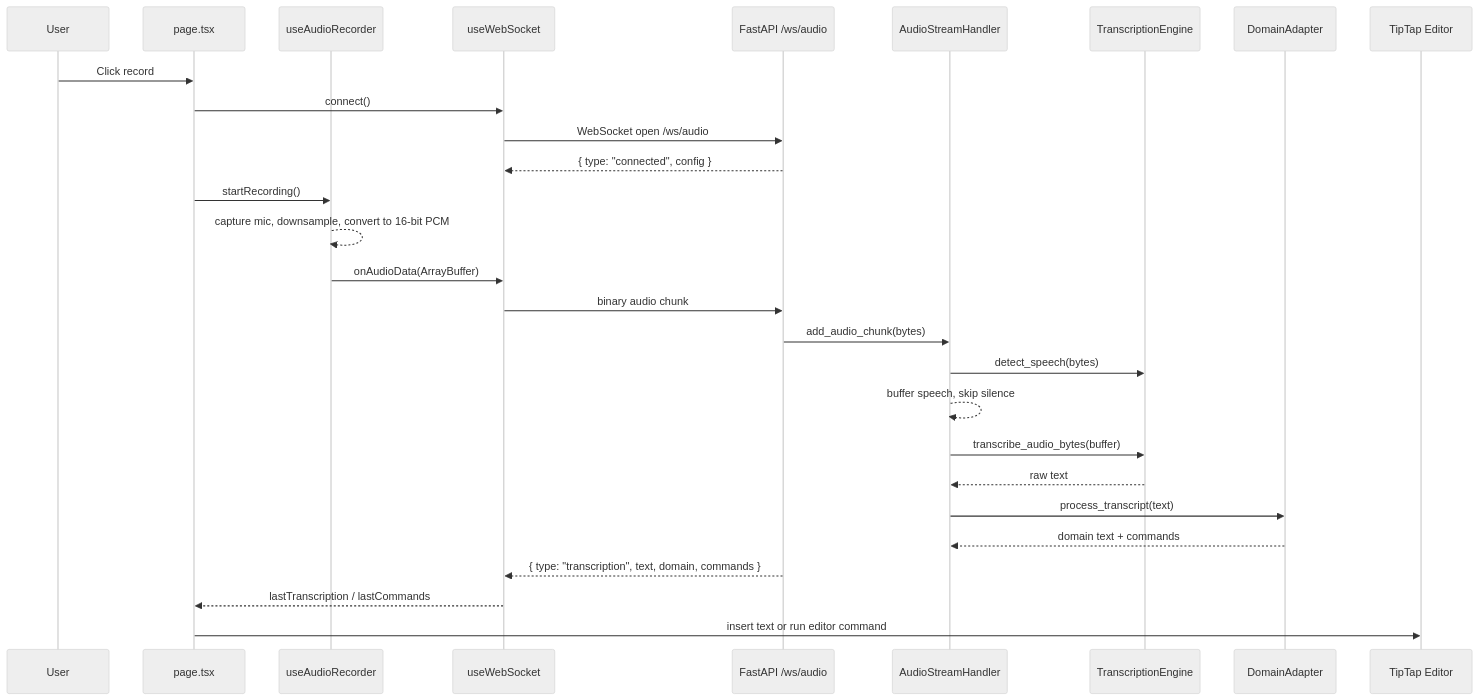
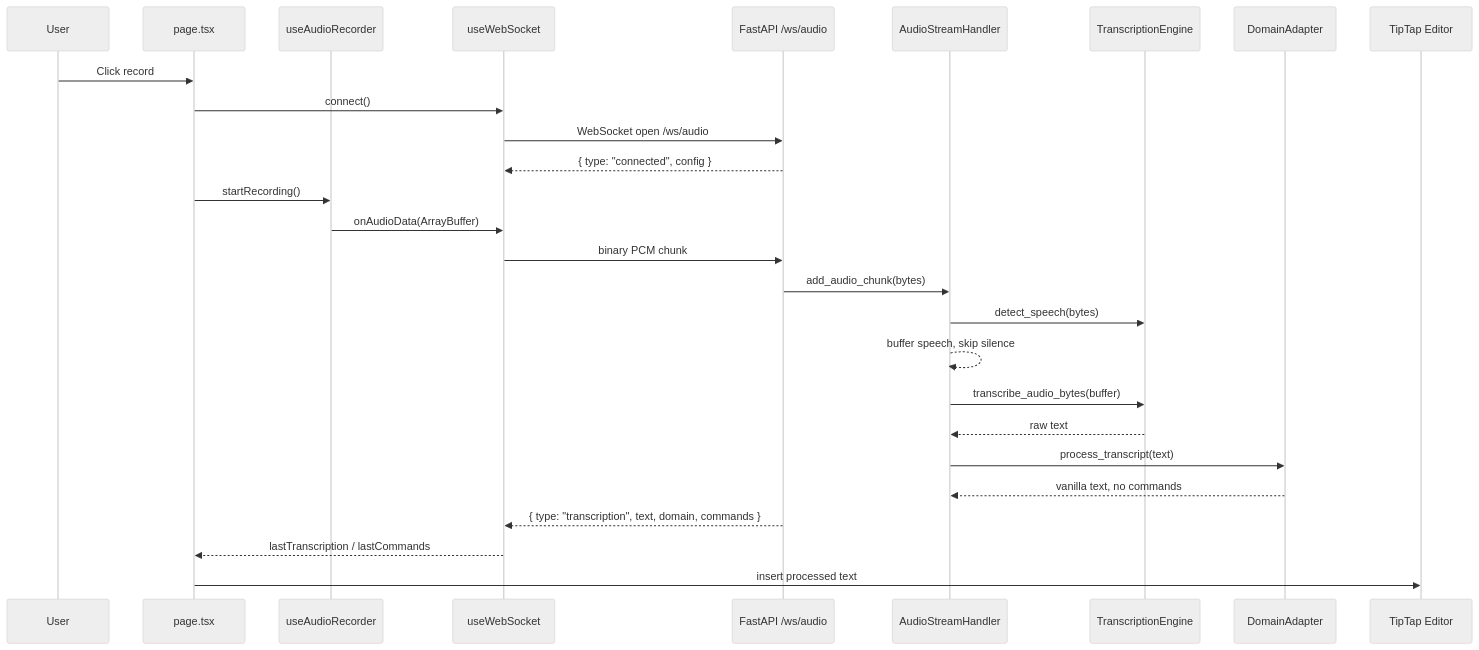
Before and after one commit to mrimmortal/Trans: the second of 3 diagrams in medical-dictation/ARCHITECTURE_GRAPH.md, drawn with Mermaid (neutral theme). The commit also changed other lines of this file and 59 other files, not shown here.

````diff
--- a/medical-dictation/ARCHITECTURE_GRAPH.md
+++ b/medical-dictation/ARCHITECTURE_GRAPH.md
@@ -88,31 +60,30 @@
 ```mermaid
 sequenceDiagram
   participant U as User
   participant P as page.tsx
   participant R as useAudioRecorder
   participant W as useWebSocket
   participant B as FastAPI /ws/audio
   participant H as AudioStreamHandler
   participant E as TranscriptionEngine
   participant D as DomainAdapter
   participant T as TipTap Editor
 
   U->>P: Click record
   P->>W: connect()
   W->>B: WebSocket open /ws/audio
   B-->>W: { type: "connected", config }
   P->>R: startRecording()
-  R-->>R: capture mic, downsample, convert to 16-bit PCM
   R->>W: onAudioData(ArrayBuffer)
-  W->>B: binary audio chunk
+  W->>B: binary PCM chunk
   B->>H: add_audio_chunk(bytes)
   H->>E: detect_speech(bytes)
   H-->>H: buffer speech, skip silence
   H->>E: transcribe_audio_bytes(buffer)
   E-->>H: raw text
   H->>D: process_transcript(text)
-  D-->>H: domain text + commands
+  D-->>H: vanilla text, no commands
   B-->>W: { type: "transcription", text, domain, commands }
   W-->>P: lastTranscription / lastCommands
-  P->>T: insert text or run editor command
+  P->>T: insert processed text
 ```
````
